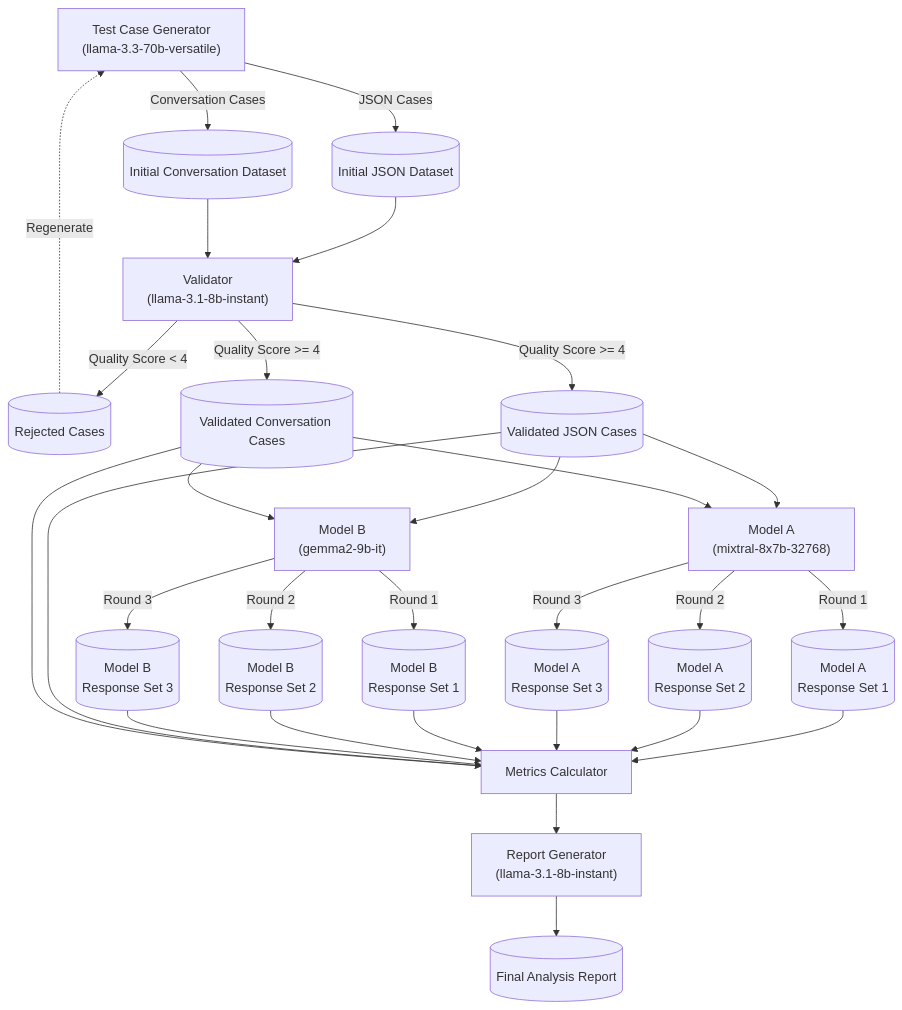
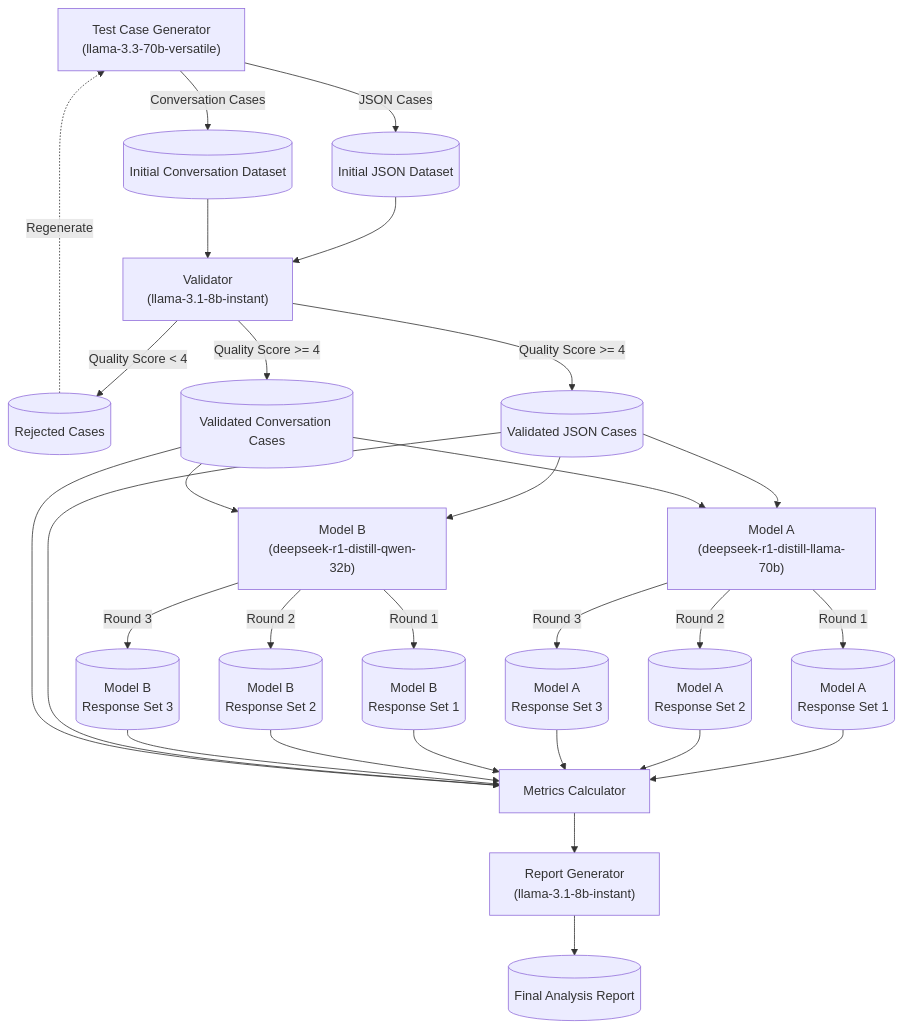
The diagram in README.md (JordanHagan/llm_synth_benchmarking), drawn with Mermaid before and after one commit. The commit also changed other lines of this file and 16 other files, not shown here.

````diff
--- a/README.md
+++ b/README.md
@@ -39,50 +46,50 @@
 ```mermaid
 graph TD
     %% Test Case Generation
     Generator["Test Case Generator<br/>(llama-3.3-70b-versatile)"]
     Generator -->|JSON Cases| InitialJSON[("Initial JSON Dataset")]
     Generator -->|Conversation Cases| InitialConv[("Initial Conversation Dataset")]
     
     %% Validation 
     Validator["Validator<br/>(llama-3.1-8b-instant)"]
     InitialJSON --> Validator
     InitialConv --> Validator
     Validator -->|Quality Score < 4| Rejected[("Rejected Cases")]
     Validator -->|Quality Score >= 4| ValidatedJSON[("Validated JSON Cases")]
     Validator -->|Quality Score >= 4| ValidatedConv[("Validated Conversation Cases")]
     Rejected -.->|Regenerate| Generator
     
     %% Test Execution
-    ExecutorA["Model A<br/>(mixtral-8x7b-32768)"]
-    ExecutorB["Model B<br/>(gemma2-9b-it)"]
+    ExecutorA["Model A<br/>(deepseek-r1-distill-llama-70b)"]
+    ExecutorB["Model B<br/>(deepseek-r1-distill-qwen-32b)"]
     ValidatedJSON --> ExecutorA
     ValidatedJSON --> ExecutorB
     ValidatedConv --> ExecutorA
     ValidatedConv --> ExecutorB
     
     %% Model A Results
     ExecutorA -->|Round 1| A1[("Model A<br/>Response Set 1")]
     ExecutorA -->|Round 2| A2[("Model A<br/>Response Set 2")]
     ExecutorA -->|Round 3| A3[("Model A<br/>Response Set 3")]
     
     %% Model B Results  
     ExecutorB -->|Round 1| B1[("Model B<br/>Response Set 1")]
     ExecutorB -->|Round 2| B2[("Model B<br/>Response Set 2")]  
     ExecutorB -->|Round 3| B3[("Model B<br/>Response Set 3")]
     
     %% Metrics Calculation
     MetricsCalculator["Metrics Calculator"]
     A1 --> MetricsCalculator
     A2 --> MetricsCalculator
     A3 --> MetricsCalculator
     B1 --> MetricsCalculator
     B2 --> MetricsCalculator
     B3 --> MetricsCalculator
     ValidatedJSON --> MetricsCalculator
     ValidatedConv --> MetricsCalculator
     
     %% Report Generation
     ReportGenerator["Report Generator<br/>(llama-3.1-8b-instant)"]
     MetricsCalculator --> ReportGenerator
     ReportGenerator --> FinalReport[("Final Analysis Report")]
 ```
````
